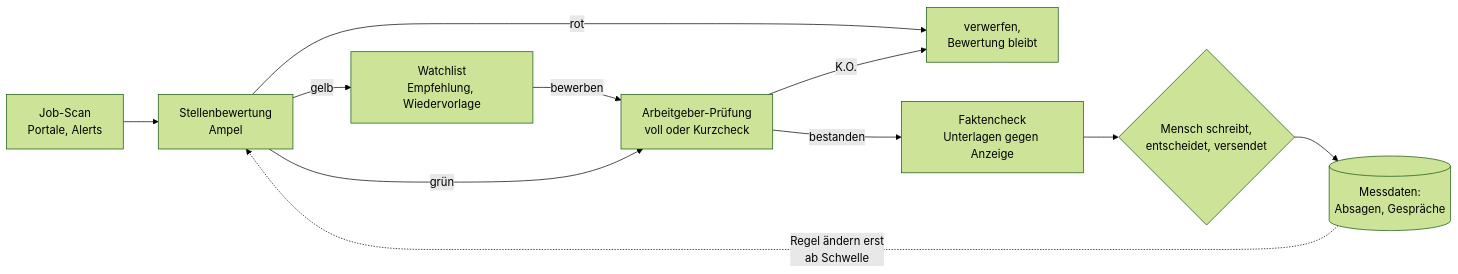
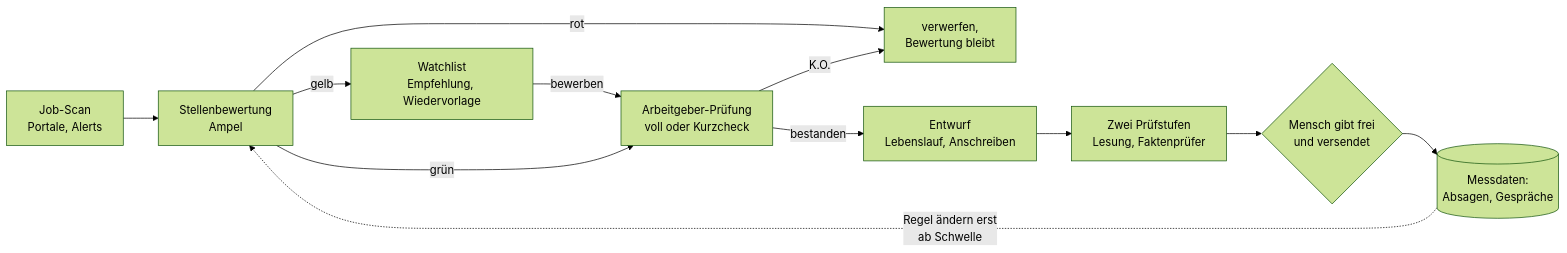
One commit to 0LVR/ki-assistenzsystem changed the diagram in README.md. Above: the diagram before and after it, drawn with Mermaid (forest theme). The commit also changed other lines of this file and 1 other file, not shown here.

Commit message:
Korrekturen Oktober: Arbeitsteilung offen benannt (KI entwirft, zwei Prüfstufen, Freigabe und Versand beim Menschen), Zahlen zum 10. Oktober nachgezählt, Triage-Abschnitt präzisiert, Fußzeile

````diff
--- a/README.md
+++ b/README.md
@@ -69,13 +69,14 @@
 ```mermaid
 flowchart LR
     A[Job-Scan<br/>Portale, Alerts] --> B[Stellenbewertung<br/>Ampel]
     B -->|rot| X[verwerfen,<br/>Bewertung bleibt]
     B -->|gelb| W[Watchlist<br/>Empfehlung, Wiedervorlage]
     W -->|bewerben| C
     B -->|grün| C[Arbeitgeber-Prüfung<br/>voll oder Kurzcheck]
     C -->|K.O.| X
-    C -->|bestanden| D[Faktencheck<br/>Unterlagen gegen Anzeige]
-    D --> E{Mensch schreibt,<br/>entscheidet, versendet}
+    C -->|bestanden| D[Entwurf<br/>Lebenslauf, Anschreiben]
+    D --> F[Zwei Prüfstufen<br/>Lesung, Faktenprüfer]
+    F --> E{Mensch gibt frei<br/>und versendet}
     E --> M[(Messdaten:<br/>Absagen, Gespräche)]
     M -.Regel ändern erst<br/>ab Schwelle.-> B
 ```
````
